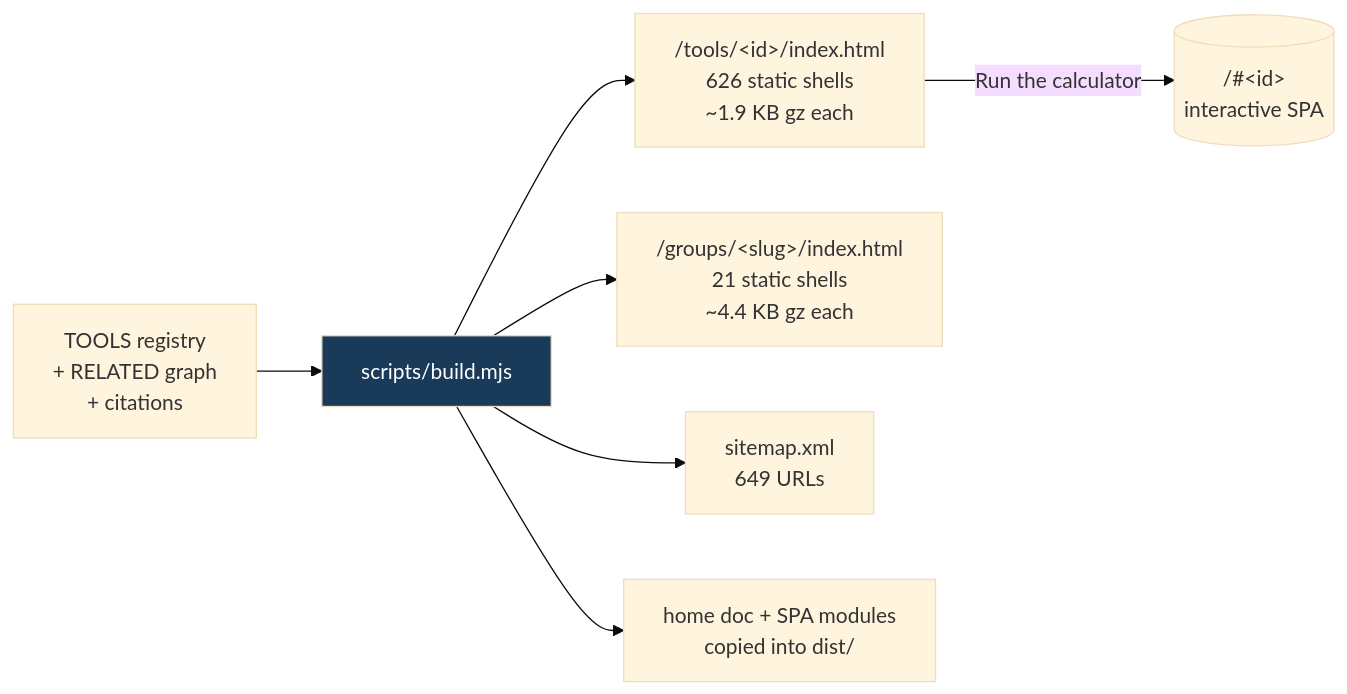
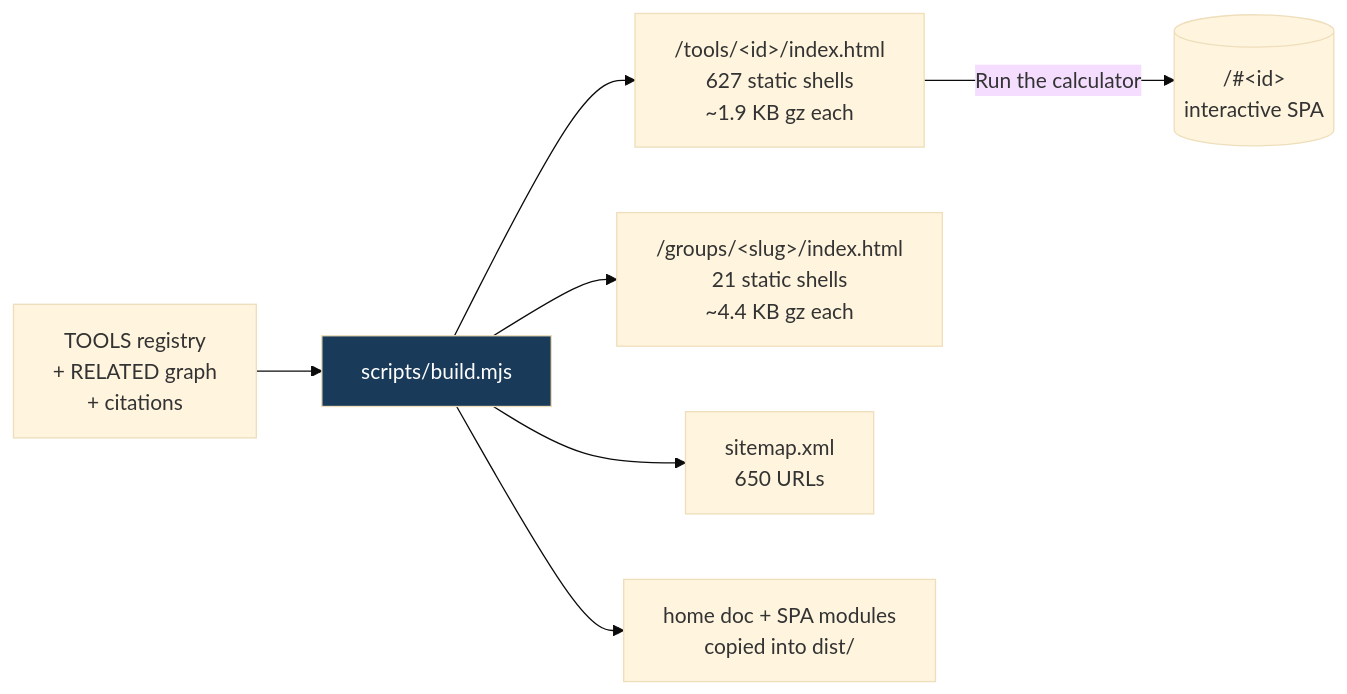
One commit to clay-good/roughlogic.com changed the fifth of 8 diagrams in README.md. Above: the diagram before and after it, drawn with Mermaid (base theme). The commit also changed other lines of this file and 14 other files, not shown here.

````diff
--- a/README.md
+++ b/README.md
@@ -450,10 +450,10 @@
 ```mermaid
 flowchart LR
     SRC[TOOLS registry\n+ RELATED graph\n+ citations] --> BUILD[scripts/build.mjs]
-    BUILD --> TILE["/tools/&lt;id&gt;/index.html\n626 static shells\n~1.9 KB gz each"]
+    BUILD --> TILE["/tools/&lt;id&gt;/index.html\n627 static shells\n~1.9 KB gz each"]
     BUILD --> GROUP["/groups/&lt;slug&gt;/index.html\n21 static shells\n~4.4 KB gz each"]
-    BUILD --> MAP["sitemap.xml\n649 URLs"]
+    BUILD --> MAP["sitemap.xml\n650 URLs"]
     BUILD --> COPY[home doc + SPA modules\ncopied into dist/]
     TILE -->|Run the calculator| SPA[("/#&lt;id&gt;\ninteractive SPA")]
     style BUILD fill:#1a3a5a,color:#fff
 ```
````
